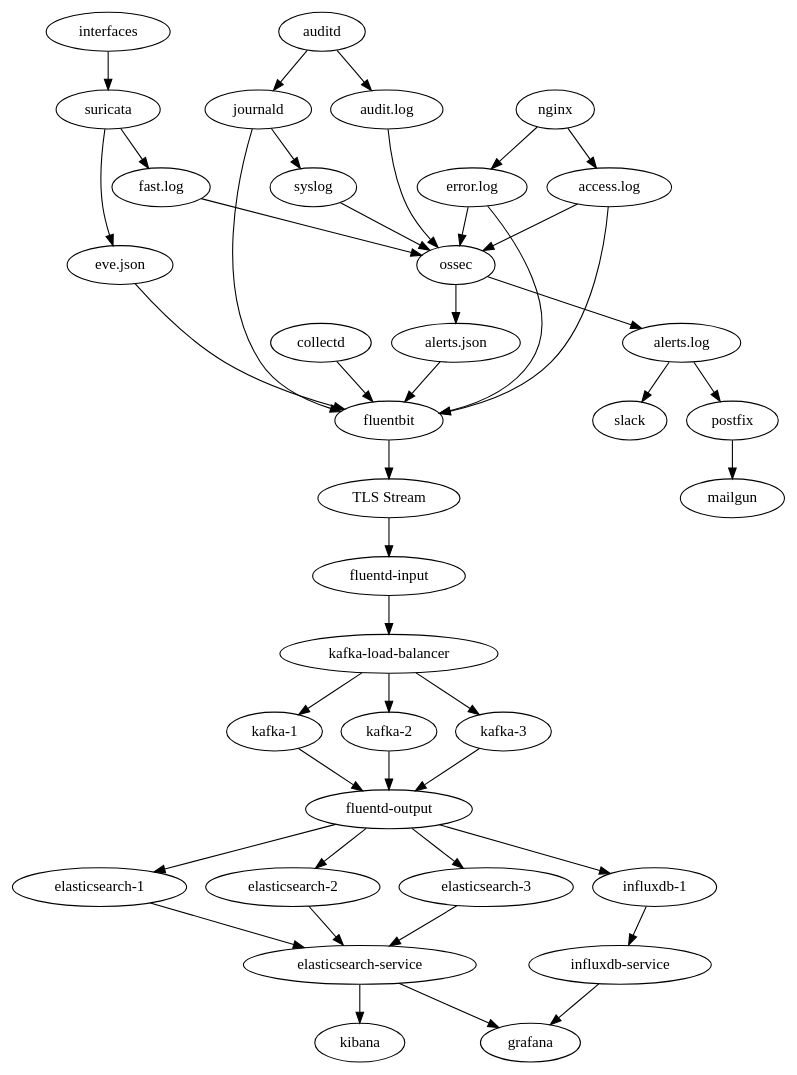
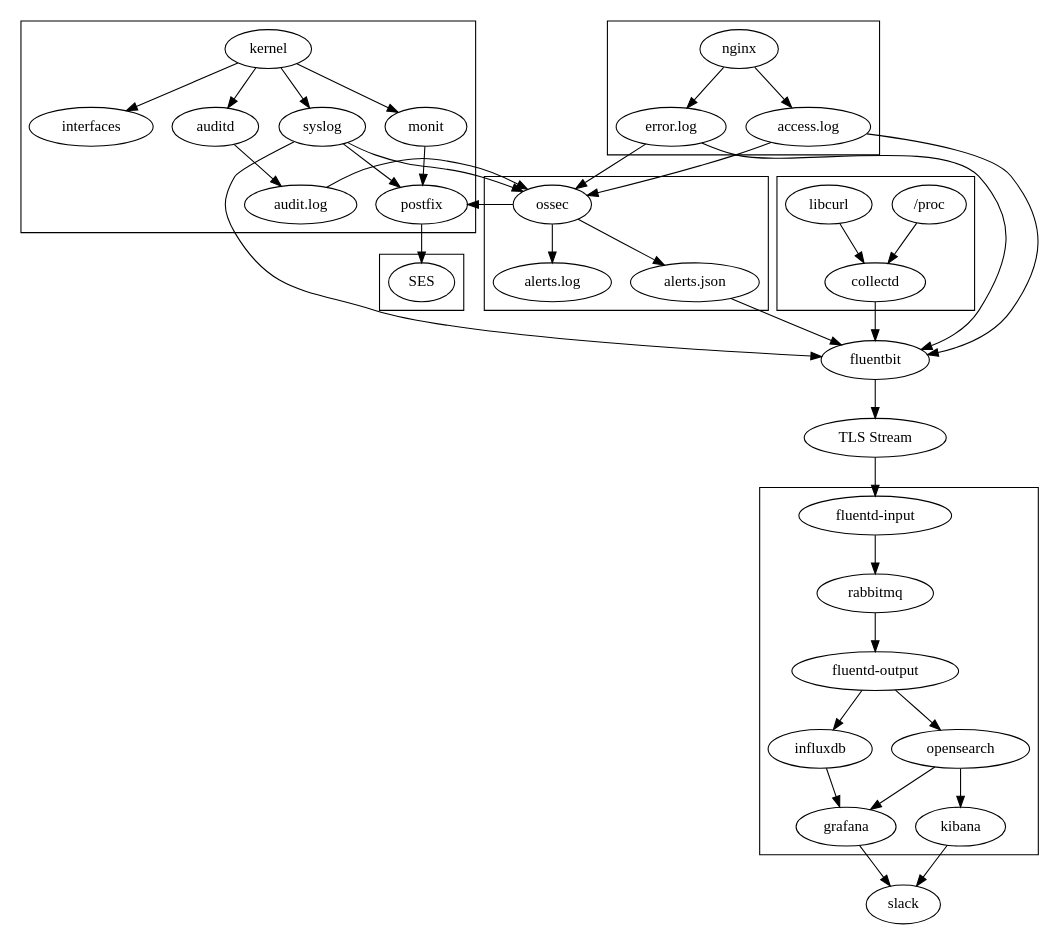
The diagram in system.dot (noahbailey/monitoring-stacks), drawn with Graphviz before and after one commit. The commit also changed 1 other file, not shown here.

Commit message:
Update graph to include rabbitmq and structural changes

```diff
--- a/system.dot
+++ b/system.dot
@@ -1,62 +1,97 @@
 digraph system {
 
+    subgraph cluster_core {
+        "kernel"
+        "interfaces"
+        "syslog"
+        "auditd"
+        "audit.log"
+        "monit"
+        "postfix"
+    }
+    subgraph cluster_collectd {
+        "/proc"
+        "libcurl"
+        "collectd"
+    }
+
+    subgraph cluster_ossec {
+        "ossec"
+        "alerts.log"
+        "alerts.json"
+    }
+
+    subgraph cluster_nginx {
+        "nginx"
+        "access.log"
+        "error.log"
+    }
+
+    subgraph cluster_alerts {
+        "SES"
+    }
+
+    subgraph cluster_backend {
+        "fluentd-input"
+        "rabbitmq"
+        "fluentd-output"
+        "influxdb"
+        "opensearch"
+        "grafana"
+        "kibana"
+    }
+
+
+    ## The core pieces...
+    "kernel" -> "interfaces"
+    "kernel" -> "auditd"
+    "kernel" -> "syslog"
+    "syslog" -> "postfix"
+
     ## System Monitoring
+    "/proc" -> "collectd"
+    "libcurl" -> "collectd"
     "collectd" -> "fluentbit"
-
-    ## Suricata pieces
-    "interfaces" -> "suricata"
-    "suricata" -> "eve.json"
-    "suricata" -> "fast.log"
-    "eve.json" -> "fluentbit"
-    "fast.log" -> "ossec"
+    "kernel" -> "monit"
+    "monit" -> "postfix"
+    "grafana" -> "slack"
+    "kibana" -> "slack"
 
     ## Nginx pieces
     "nginx" -> "access.log"
     "access.log" -> "fluentbit"
     "error.log" -> "fluentbit"
     "nginx" -> "error.log"
     "access.log" -> "ossec"
     "error.log" -> "ossec"
 
     ## Audit logs
-    "auditd" -> "journald"
     "auditd" -> "audit.log"
     "audit.log" -> "ossec"
-    "journald" -> "fluentbit"
 
     ## Syslog
-    "journald" -> "syslog"
     "syslog" -> "ossec"
+    "syslog" -> "fluentbit"
 
     ## Ossec outputs to the alert streams
     "ossec" -> "alerts.json"
     "ossec" -> "alerts.log"
-    "alerts.log" -> "slack"
-    "alerts.log" -> "postfix"
-    "postfix" -> "mailgun"
+    "ossec" -> "postfix"
+    "postfix" -> "SES"
     "alerts.json" -> "fluentbit"
     "fluentbit" -> "TLS Stream"
 
     ## The backend, typically a docker box/K8s cluster
     "TLS Stream" -> "fluentd-input"
-    "fluentd-input" -> "kafka-load-balancer"
-    "kafka-load-balancer" -> "kafka-1"
-    "kafka-load-balancer" -> "kafka-2"
-    "kafka-load-balancer" -> "kafka-3"
-    "kafka-1" -> "fluentd-output"
-    "kafka-2" -> "fluentd-output"
-    "kafka-3" -> "fluentd-output"
+    "fluentd-input" -> "rabbitmq"
+    "rabbitmq" -> "fluentd-output"
 
-    "fluentd-output" -> "elasticsearch-1"
-    "fluentd-output" -> "elasticsearch-2"
-    "fluentd-output" -> "elasticsearch-3"
-    "fluentd-output" -> "influxdb-1"
-    "influxdb-1" -> "influxdb-service"
-    "elasticsearch-1" -> "elasticsearch-service"
-    "elasticsearch-2" -> "elasticsearch-service"
-    "elasticsearch-3" -> "elasticsearch-service"
+    "fluentd-output" -> "opensearch"
+    "fluentd-output" -> "influxdb"
 
-    "elasticsearch-service" -> "kibana"
-    "elasticsearch-service" -> "grafana"
-    "influxdb-service" -> "grafana"
-}
+    "opensearch" -> "kibana"
+    "opensearch" -> "grafana"
+    "influxdb" -> "grafana"
+
+
+} 
```
